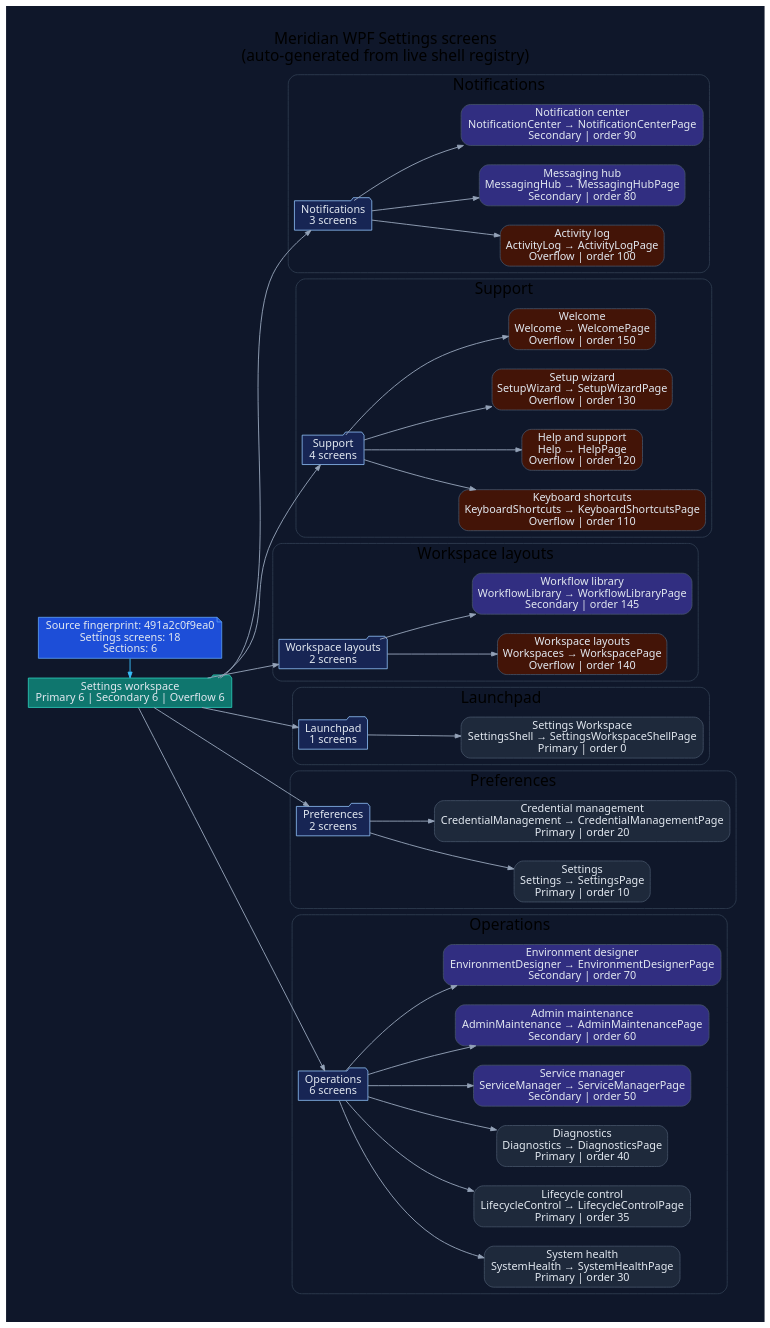
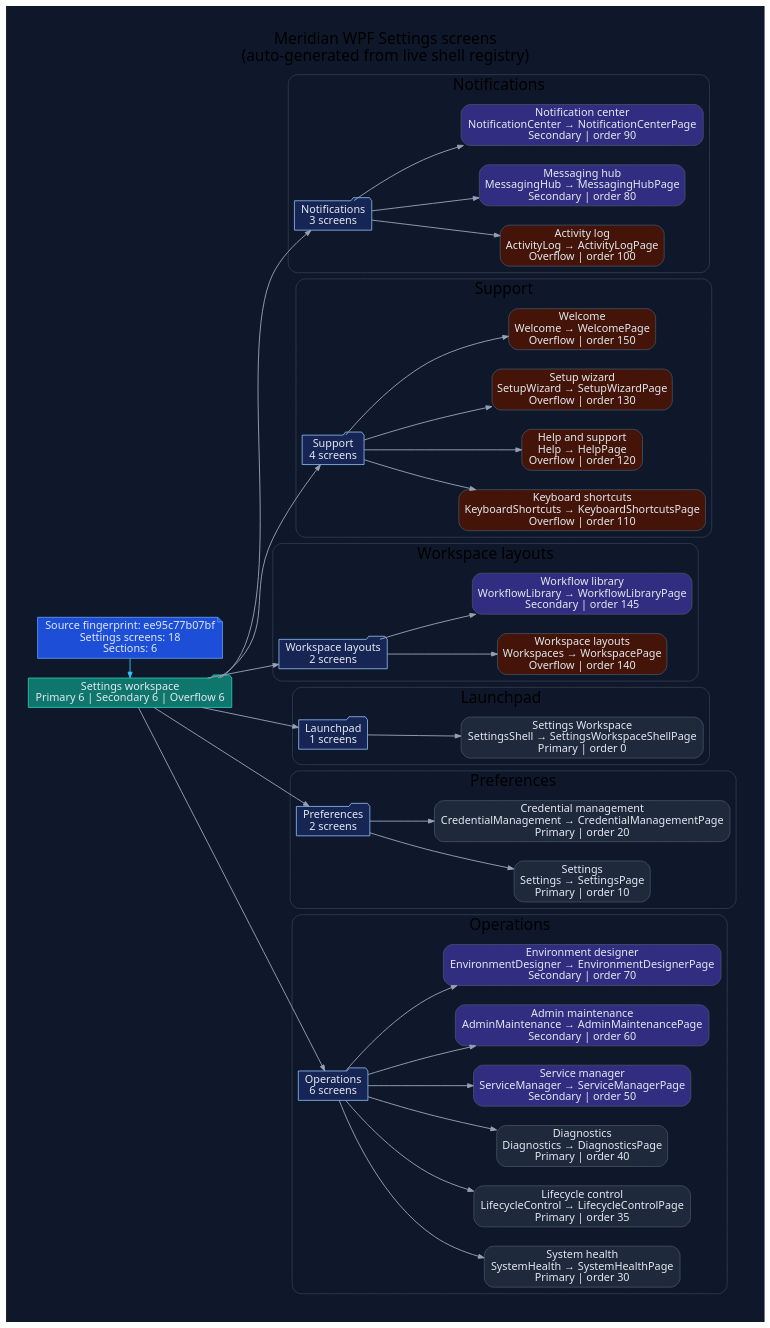
The diagram in docs/diagrams/ui-wpf-screens-settings.dot (rodoHasArrived/Meridian-main), drawn with Graphviz before and after one commit. The commit also changed 21 other files, not shown here.

Commit message:
Refresh WPF diagrams for OAuth startup changes

```diff
--- a/docs/diagrams/ui-wpf-screens-settings.dot
+++ b/docs/diagrams/ui-wpf-screens-settings.dot
@@ -1,110 +1,110 @@
 // -----------------------------------------------------------------------------
 // <auto-generated>
 // Generated by scripts/generate-diagrams.mjs.
 // Do not edit this file directly; update the WPF source files instead.
 // -----------------------------------------------------------------------------
 digraph WpfSettingsScreens {
   graph [
     rankdir=LR,
     labelloc=t,
     label="Meridian WPF Settings screens\n(auto-generated from live shell registry)",
     fontname="Segoe UI",
     fontsize=20,
     pad=0.4,
     nodesep=0.35,
     ranksep=0.85,
     bgcolor="#0f172a"
   ];
   node [fontname="Segoe UI", shape=box, style="rounded,filled", color="#475569", fontcolor="#e2e8f0", fillcolor="#1e293b"];
   edge [fontname="Segoe UI", color="#94a3b8", penwidth=1.2, arrowsize=0.75];
 
-  generated [shape=note, fillcolor="#1d4ed8", color="#60a5fa", label="Source fingerprint: 491a2c0f9ea0\nSettings screens: 18\nSections: 6"];
+  generated [shape=note, fillcolor="#1d4ed8", color="#60a5fa", label="Source fingerprint: ee95c77b07bf\nSettings screens: 18\nSections: 6"];
   workspace [shape=folder, fillcolor="#0f766e", color="#2dd4bf", label="Settings workspace\nPrimary 6 | Secondary 6 | Overflow 6"];
   generated -> workspace [color="#38bdf8"];
 
   subgraph cluster_section_1 {
     label="Notifications";
     color="#334155";
     style="rounded";
     section_1 [shape=folder, fillcolor="#172554", color="#93c5fd", label="Notifications\n3 screens"];
     workspace -> section_1;
     screen_ActivityLog [fillcolor="#431407", label="Activity log\nActivityLog → ActivityLogPage\nOverflow | order 100"];
     section_1 -> screen_ActivityLog;
     screen_MessagingHub [fillcolor="#312e81", label="Messaging hub\nMessagingHub → MessagingHubPage\nSecondary | order 80"];
     section_1 -> screen_MessagingHub;
     screen_NotificationCenter [fillcolor="#312e81", label="Notification center\nNotificationCenter → NotificationCenterPage\nSecondary | order 90"];
     section_1 -> screen_NotificationCenter;
   }
 
   subgraph cluster_section_2 {
     label="Support";
     color="#334155";
     style="rounded";
     section_2 [shape=folder, fillcolor="#172554", color="#93c5fd", label="Support\n4 screens"];
     workspace -> section_2;
     screen_KeyboardShortcuts [fillcolor="#431407", label="Keyboard shortcuts\nKeyboardShortcuts → KeyboardShortcutsPage\nOverflow | order 110"];
     section_2 -> screen_KeyboardShortcuts;
     screen_Help [fillcolor="#431407", label="Help and support\nHelp → HelpPage\nOverflow | order 120"];
     section_2 -> screen_Help;
     screen_SetupWizard [fillcolor="#431407", label="Setup wizard\nSetupWizard → SetupWizardPage\nOverflow | order 130"];
     section_2 -> screen_SetupWizard;
     screen_Welcome [fillcolor="#431407", label="Welcome\nWelcome → WelcomePage\nOverflow | order 150"];
     section_2 -> screen_Welcome;
   }
 
   subgraph cluster_section_3 {
     label="Workspace layouts";
     color="#334155";
     style="rounded";
     section_3 [shape=folder, fillcolor="#172554", color="#93c5fd", label="Workspace layouts\n2 screens"];
     workspace -> section_3;
     screen_Workspaces [fillcolor="#431407", label="Workspace layouts\nWorkspaces → WorkspacePage\nOverflow | order 140"];
     section_3 -> screen_Workspaces;
     screen_WorkflowLibrary [fillcolor="#312e81", label="Workflow library\nWorkflowLibrary → WorkflowLibraryPage\nSecondary | order 145"];
     section_3 -> screen_WorkflowLibrary;
   }
 
   subgraph cluster_section_4 {
     label="Launchpad";
     color="#334155";
     style="rounded";
     section_4 [shape=folder, fillcolor="#172554", color="#93c5fd", label="Launchpad\n1 screens"];
     workspace -> section_4;
     screen_SettingsShell [fillcolor="#1e293b", label="Settings Workspace\nSettingsShell → SettingsWorkspaceShellPage\nPrimary | order 0"];
     section_4 -> screen_SettingsShell;
   }
 
   subgraph cluster_section_5 {
     label="Preferences";
     color="#334155";
     style="rounded";
     section_5 [shape=folder, fillcolor="#172554", color="#93c5fd", label="Preferences\n2 screens"];
     workspace -> section_5;
     screen_Settings [fillcolor="#1e293b", label="Settings\nSettings → SettingsPage\nPrimary | order 10"];
     section_5 -> screen_Settings;
     screen_CredentialManagement [fillcolor="#1e293b", label="Credential management\nCredentialManagement → CredentialManagementPage\nPrimary | order 20"];
     section_5 -> screen_CredentialManagement;
   }
 
   subgraph cluster_section_6 {
     label="Operations";
     color="#334155";
     style="rounded";
     section_6 [shape=folder, fillcolor="#172554", color="#93c5fd", label="Operations\n6 screens"];
     workspace -> section_6;
     screen_SystemHealth [fillcolor="#1e293b", label="System health\nSystemHealth → SystemHealthPage\nPrimary | order 30"];
     section_6 -> screen_SystemHealth;
     screen_LifecycleControl [fillcolor="#1e293b", label="Lifecycle control\nLifecycleControl → LifecycleControlPage\nPrimary | order 35"];
     section_6 -> screen_LifecycleControl;
     screen_Diagnostics [fillcolor="#1e293b", label="Diagnostics\nDiagnostics → DiagnosticsPage\nPrimary | order 40"];
     section_6 -> screen_Diagnostics;
     screen_ServiceManager [fillcolor="#312e81", label="Service manager\nServiceManager → ServiceManagerPage\nSecondary | order 50"];
     section_6 -> screen_ServiceManager;
     screen_AdminMaintenance [fillcolor="#312e81", label="Admin maintenance\nAdminMaintenance → AdminMaintenancePage\nSecondary | order 60"];
     section_6 -> screen_AdminMaintenance;
     screen_EnvironmentDesigner [fillcolor="#312e81", label="Environment designer\nEnvironmentDesigner → EnvironmentDesignerPage\nSecondary | order 70"];
     section_6 -> screen_EnvironmentDesigner;
   }
 
   { rank=min; generated; workspace; }
 }
```
